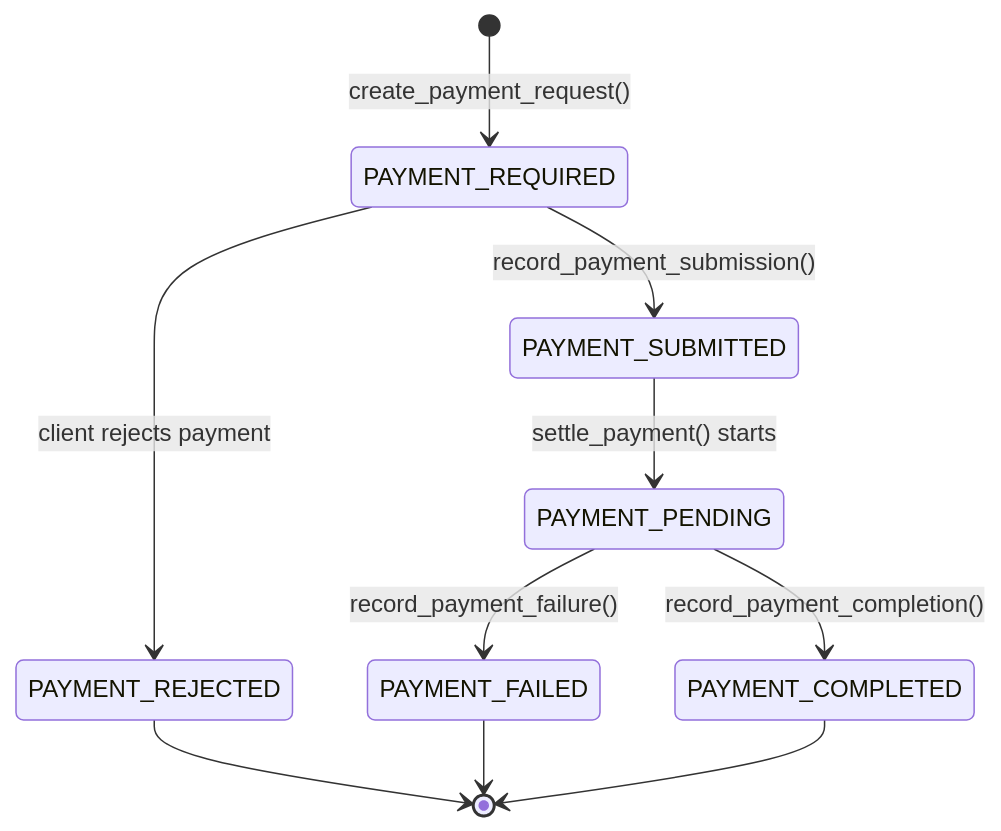
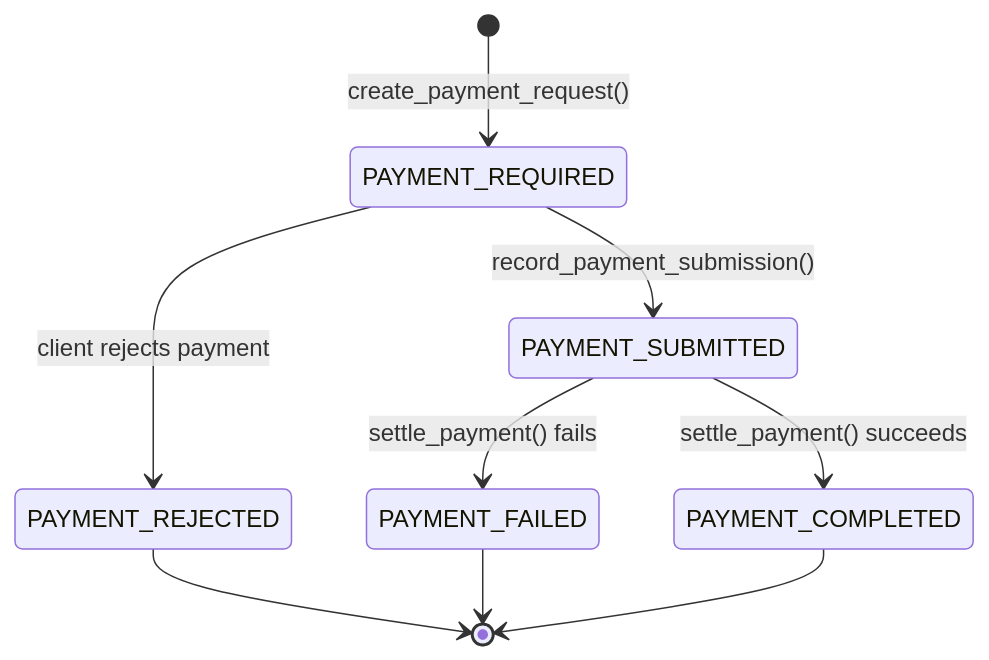
One commit to google-agentic-commerce/a2a-x402 changed the diagram in python/a2a_x402/README.md. Above: the diagram before and after it, drawn with Mermaid. The commit also changed other lines of this file and 7 other files, not shown here.

````diff
--- a/python/a2a_x402/README.md
+++ b/python/a2a_x402/README.md
@@ -973,12 +972,11 @@
 ```mermaid
 stateDiagram-v2
     [*] --> PAYMENT_REQUIRED: create_payment_request()
     PAYMENT_REQUIRED --> PAYMENT_REJECTED: client rejects payment
     PAYMENT_REQUIRED --> PAYMENT_SUBMITTED: record_payment_submission()
-    PAYMENT_SUBMITTED --> PAYMENT_PENDING: settle_payment() starts
-    PAYMENT_PENDING --> PAYMENT_COMPLETED: record_payment_completion()
-    PAYMENT_PENDING --> PAYMENT_FAILED: record_payment_failure()
+    PAYMENT_SUBMITTED --> PAYMENT_COMPLETED: settle_payment() succeeds
+    PAYMENT_SUBMITTED --> PAYMENT_FAILED: settle_payment() fails
     PAYMENT_REJECTED --> [*]
     PAYMENT_FAILED --> [*]
     PAYMENT_COMPLETED --> [*]
 ```
````
